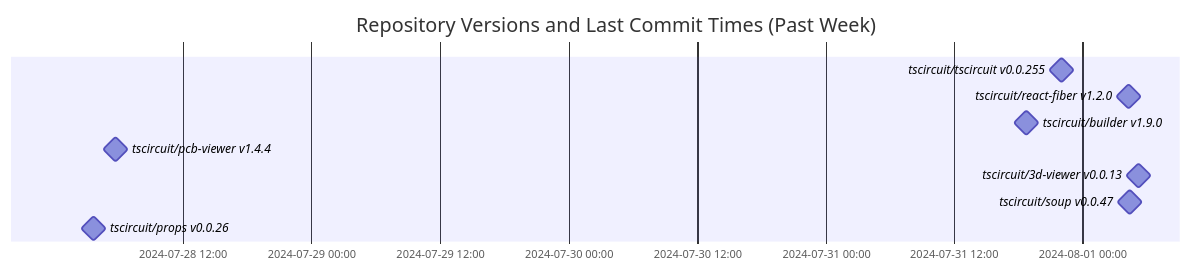
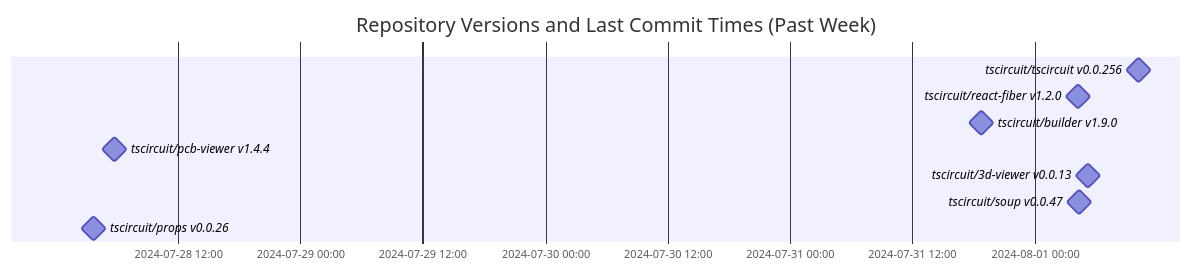
Before and after one commit to tscircuit/version-tracker: the diagram in README.md, drawn with Mermaid.

Commit message:
Update chart

````diff
--- a/README.md
+++ b/README.md
@@ -1,14 +1,14 @@
 ```mermaid
 gantt
   dateFormat  YYYY-MM-DD HH:mm:ss
   title Repository Versions and Last Commit Times (Past Week)
   axisFormat %Y-%m-%d %H:%M
 
-  tscircuit/tscircuit v0.0.255 : milestone, 2024-07-31 21:58:48, 1s
+  tscircuit/tscircuit v0.0.256 : milestone, 2024-08-01 10:10:27, 1s
   tscircuit/react-fiber v1.2.0 : milestone, 2024-08-01 04:16:00, 1s
   tscircuit/builder v1.9.0 : milestone, 2024-07-31 18:44:54, 1s
   tscircuit/pcb-viewer v1.4.4 : milestone, 2024-07-28 05:46:25, 1s
   tscircuit/3d-viewer v0.0.13 : milestone, 2024-08-01 05:11:44, 1s
   tscircuit/soup v0.0.47 : milestone, 2024-08-01 04:19:38, 1s
   tscircuit/props v0.0.26 : milestone, 2024-07-28 03:42:14, 1s
 ```
````
